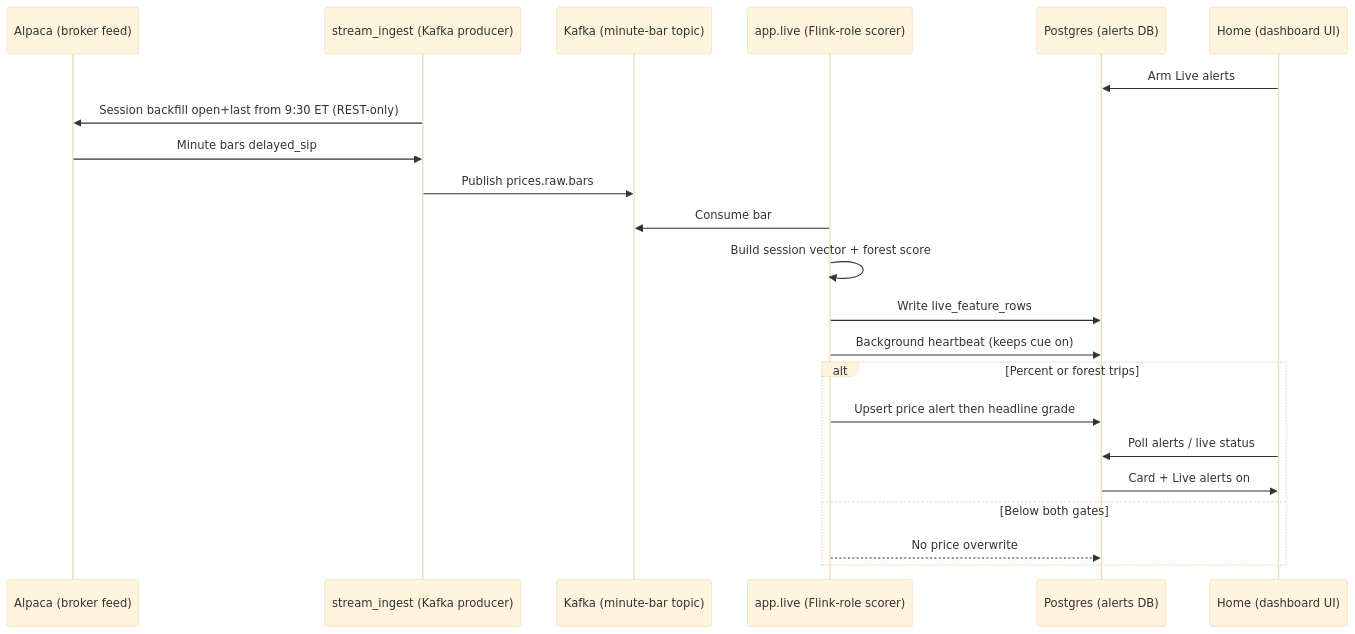
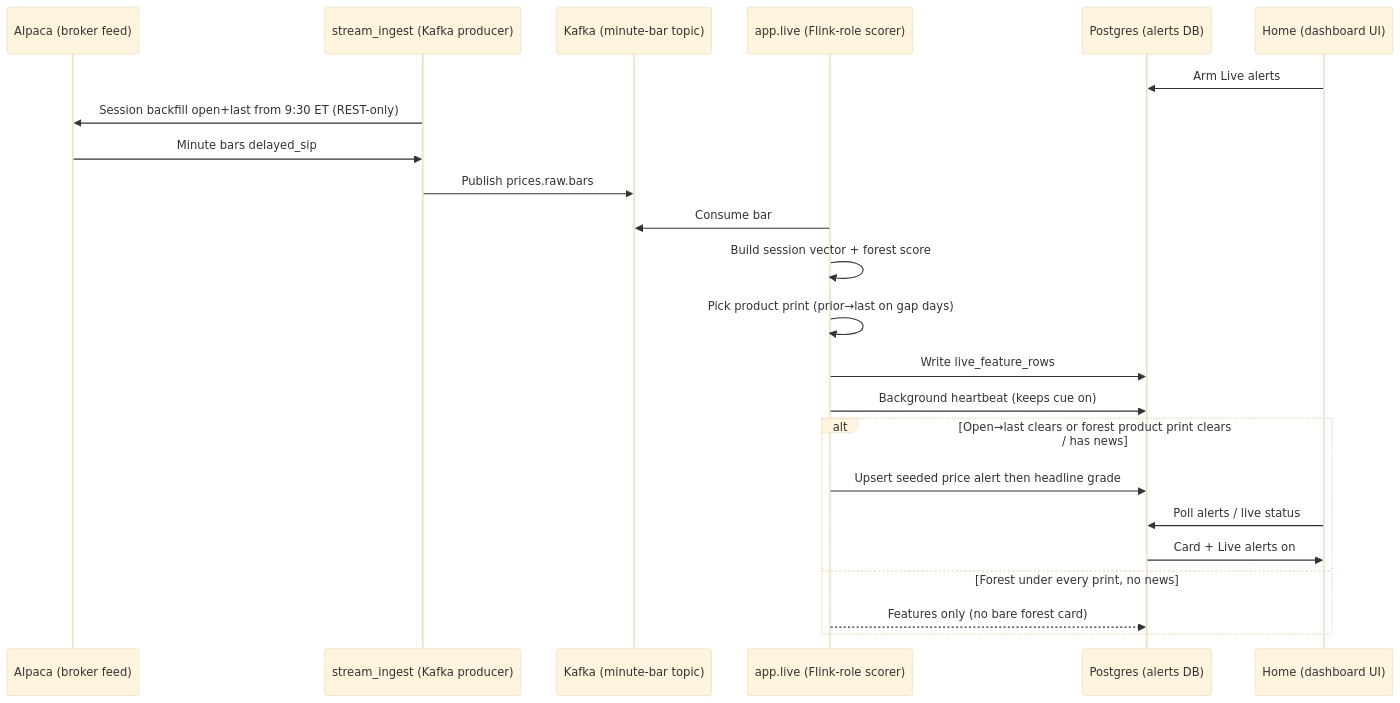
One commit to sameerde4/ticker-alert-system changed the sixth of 12 diagrams in docs/architecture.md. Above: the diagram before and after it, drawn with Mermaid (base theme). The commit also changed other lines of this file and 2 other files, not shown here.

First line of the commit message:
Document forest gap product prints and under-floor rules.

````diff
--- a/docs/architecture.md
+++ b/docs/architecture.md
@@ -399,25 +402,26 @@
 ```mermaid
 sequenceDiagram
     participant Alpaca as Alpaca (broker feed)
     participant Producer as stream_ingest (Kafka producer)
     participant Kafka as Kafka (minute-bar topic)
     participant Live as app.live (Flink-role scorer)
     participant PG as Postgres (alerts DB)
     participant UI as Home (dashboard UI)
 
     UI->>PG: Arm Live alerts
     Producer->>Alpaca: Session backfill open+last from 9:30 ET (REST-only)
     Alpaca->>Producer: Minute bars delayed_sip
     Producer->>Kafka: Publish prices.raw.bars
     Live->>Kafka: Consume bar
     Live->>Live: Build session vector + forest score
+    Live->>Live: Pick product print (prior→last on gap days)
     Live->>PG: Write live_feature_rows
     Live->>PG: Background heartbeat (keeps cue on)
-    alt Percent or forest trips
-        Live->>PG: Upsert price alert then headline grade
+    alt Open→last clears or forest product print clears / has news
+        Live->>PG: Upsert seeded price alert then headline grade
         UI->>PG: Poll alerts / live status
         PG->>UI: Card + Live alerts on
-    else Below both gates
-        Live-->>PG: No price overwrite
+    else Forest under every print, no news
+        Live-->>PG: Features only (no bare forest card)
     end
 ```
````
